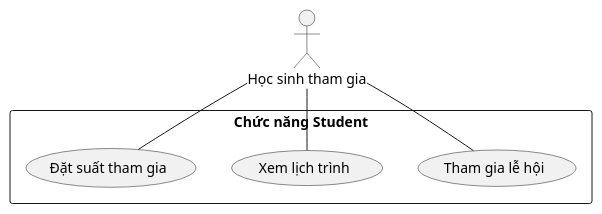
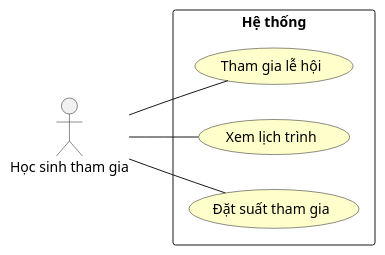
One commit to DavidSatoh/CNPM-school-food-festivals changed the fourth of 8 diagrams in README.md. Above: the diagram before and after it, drawn with PlantUML. The commit also changed other lines of this file, not shown here.

````diff
--- a/README.md
+++ b/README.md
@@ -306,15 +307,27 @@
 ```plantuml
-@startuml
+@startuml "Biểu đồ Use Case chức năng Student"
+
+skinparam usecase {
+    BackgroundColor BUSINESS
+}
+
+skinparam note {
+    BackgroundColor LightSkyBlue
+}
+
+left to right direction
+
 actor "Học sinh tham gia" as Student
 
-rectangle "Chức năng Student" {
-  usecase "Tham gia lễ hội" as UC1
-  usecase "Xem lịch trình" as UC2
-  usecase "Đặt suất tham gia" as UC3
+rectangle "Hệ thống" {
+    usecase "Tham gia lễ hội" as JoinFestival
+    usecase "Xem lịch trình" as ViewSchedule
+    usecase "Đặt suất tham gia" as BookSlot
 }
 
-Student -- UC1
-Student -- UC2
-Student -- UC3
+Student -- JoinFestival
+Student -- ViewSchedule
+Student -- BookSlot
+
 @enduml
 ```
````
